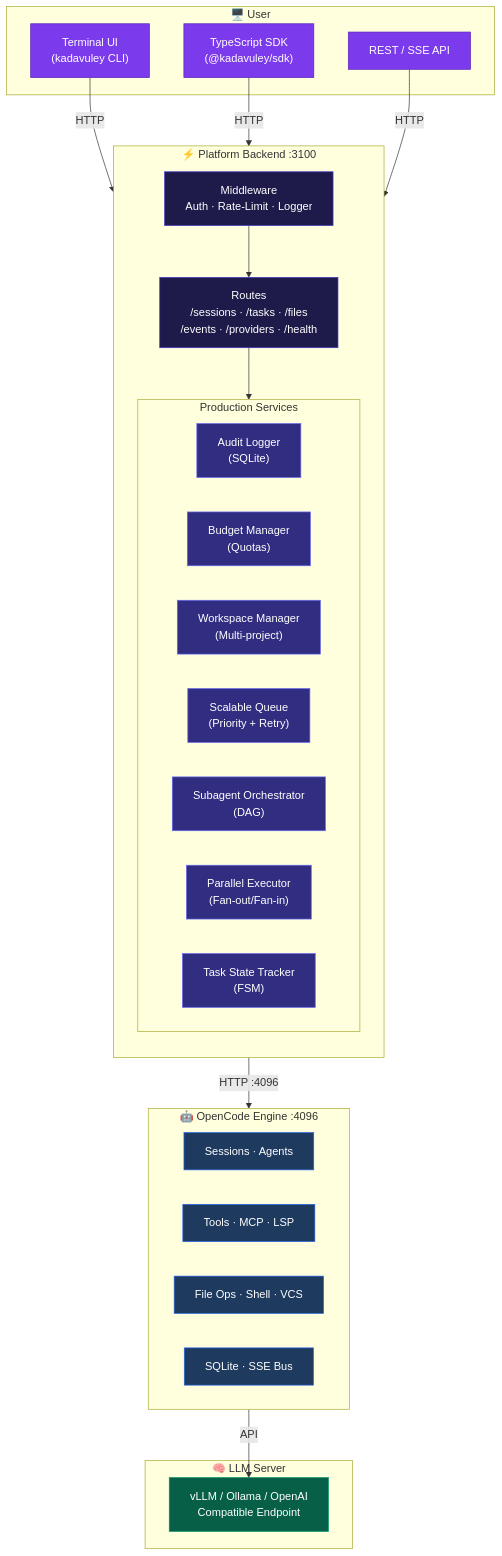
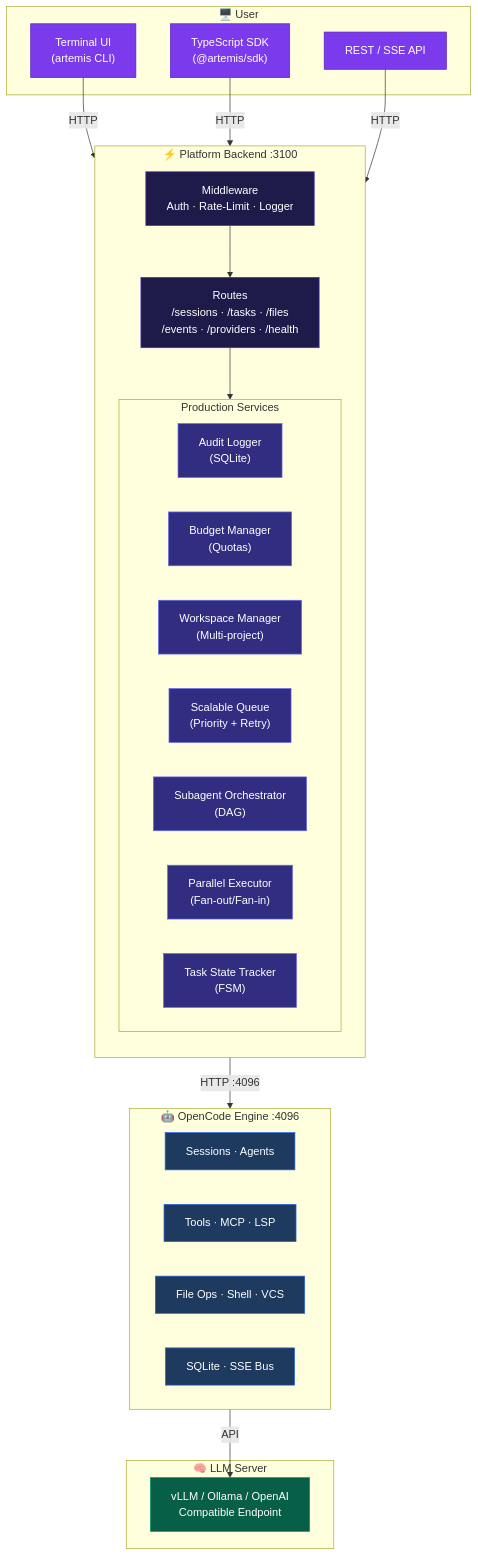
The diagram in platform/docs/diagrams/01-system-architecture.md (TW-10561/AI-Coding-Agent), drawn with Mermaid before and after one commit. The commit also changed other lines of this file and 20 other files, not shown here.

````diff
--- a/platform/docs/diagrams/01-system-architecture.md
+++ b/platform/docs/diagrams/01-system-architecture.md
@@ -4,55 +4,55 @@
 ```mermaid
 graph TB
     subgraph User["🖥️ User"]
-        TUI["Terminal UI<br/>(kadavuley CLI)"]
-        SDK["TypeScript SDK<br/>(@kadavuley/sdk)"]
+        TUI["Terminal UI<br/>(artemis CLI)"]
+        SDK["TypeScript SDK<br/>(@artemis/sdk)"]
         API["REST / SSE API"]
     end
 
     subgraph Platform["⚡ Platform Backend :3100"]
         direction TB
         MW["Middleware<br/>Auth · Rate-Limit · Logger"]
         Routes["Routes<br/>/sessions · /tasks · /files<br/>/events · /providers · /health"]
         
         subgraph Services["Production Services"]
             Audit["Audit Logger<br/>(SQLite)"]
             Budget["Budget Manager<br/>(Quotas)"]
             WS["Workspace Manager<br/>(Multi-project)"]
             Queue["Scalable Queue<br/>(Priority + Retry)"]
             Orch["Subagent Orchestrator<br/>(DAG)"]
             Para["Parallel Executor<br/>(Fan-out/Fan-in)"]
             Task["Task State Tracker<br/>(FSM)"]
         end
     end
 
     subgraph Engine["🤖 OpenCode Engine :4096"]
         Sessions["Sessions · Agents"]
         Tools["Tools · MCP · LSP"]
         FileOps["File Ops · Shell · VCS"]
         Storage["SQLite · SSE Bus"]
     end
 
     subgraph LLM["🧠 LLM Server"]
         vLLM["vLLM / Ollama / OpenAI<br/>Compatible Endpoint"]
     end
 
     TUI -->|HTTP| MW
     SDK -->|HTTP| MW
     API -->|HTTP| MW
     MW --> Routes
     Routes --> Services
     Routes -->|HTTP :4096| Engine
     Engine -->|API| vLLM
 
     classDef user fill:#7c3aed,stroke:#5b21b6,color:white
     classDef platform fill:#1e1b4b,stroke:#4338ca,color:white
     classDef engine fill:#1e3a5f,stroke:#2563eb,color:white
     classDef llm fill:#065f46,stroke:#059669,color:white
     classDef service fill:#312e81,stroke:#6366f1,color:white
 
     class TUI,SDK,API user
     class MW,Routes platform
     class Audit,Budget,WS,Queue,Orch,Para,Task service
     class Sessions,Tools,FileOps,Storage engine
     class vLLM llm
 ```
````
